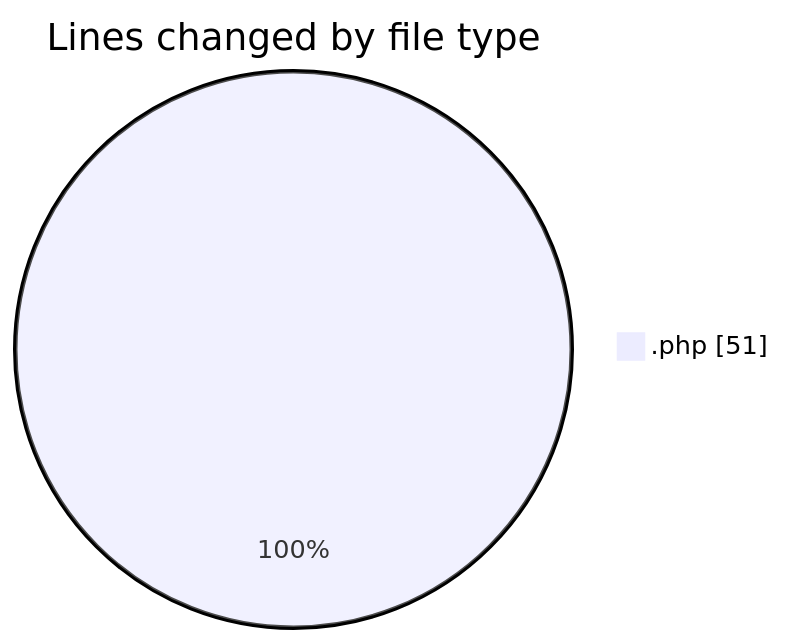
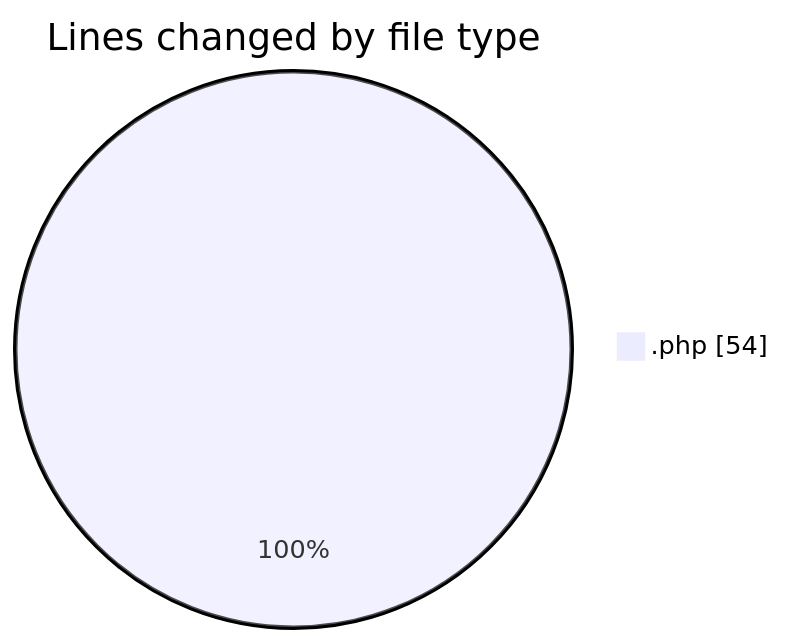
One commit to LanceThiago/code-tracking changed the first of 2 diagrams in 2025-06-05/web/README.md. Above: the diagram before and after it, drawn with Mermaid. The commit also changed other lines of this file and 1 other file, not shown here.

````diff
--- a/2025-06-05/web/README.md
+++ b/2025-06-05/web/README.md
@@ -20,5 +20,5 @@
 ```mermaid
 pie showData
 title Lines changed by file type
-".php" : 51
+".php" : 54
 ```
````
